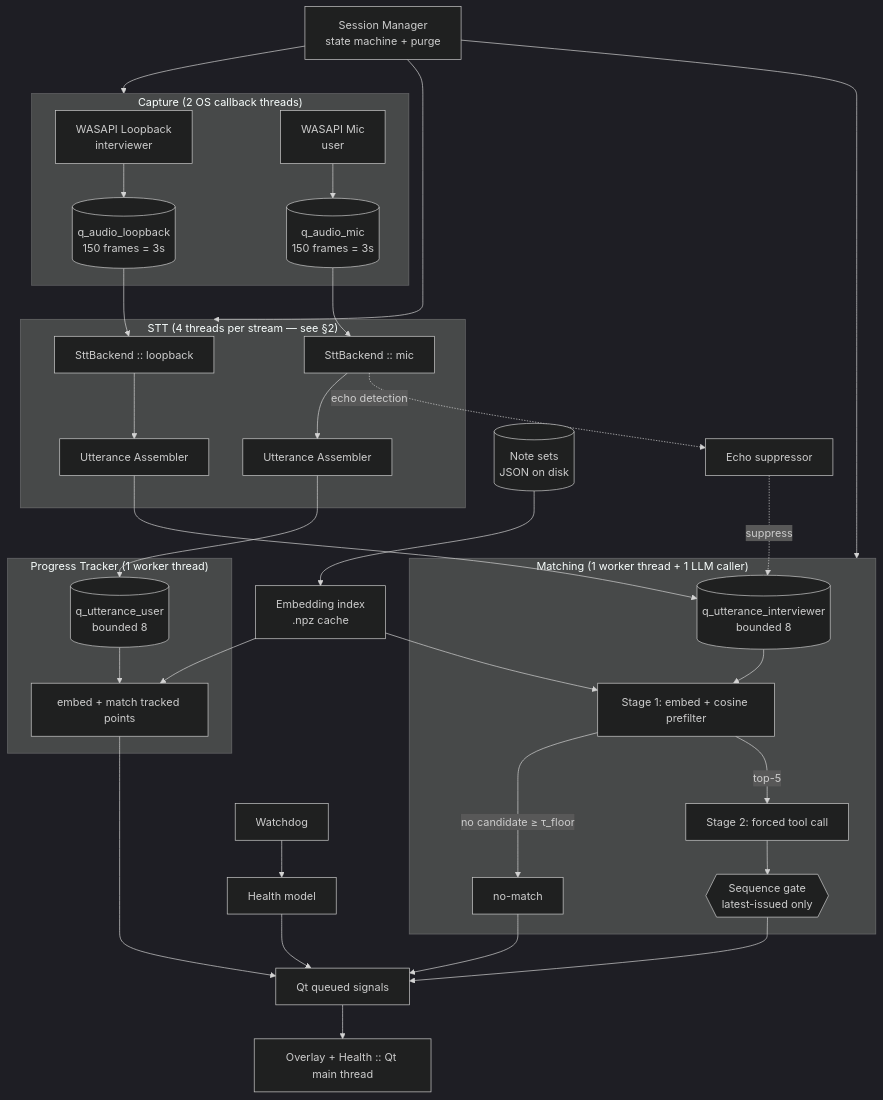
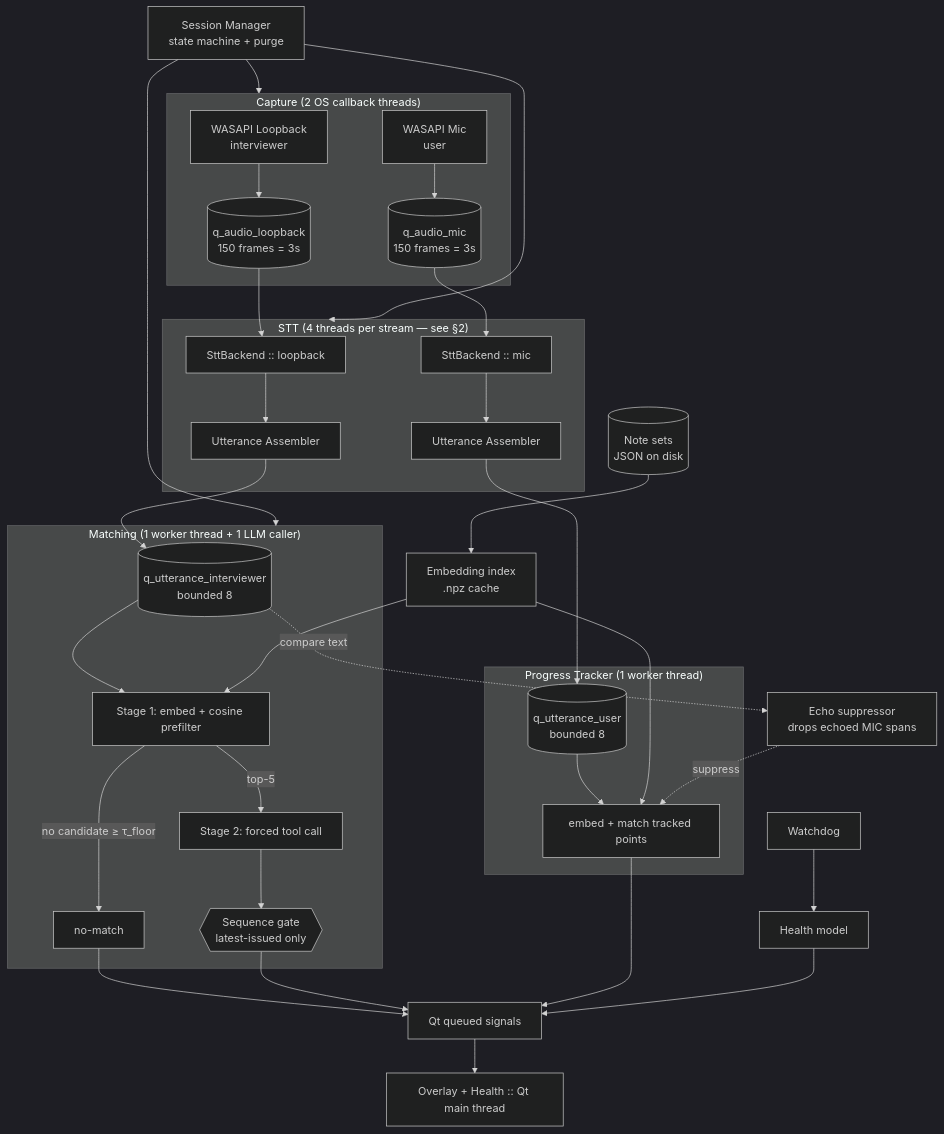
Before and after one commit to Penguin-Pants/ExecutiveDysfunctionAssistant: the first of 2 diagrams in docs/implementation/02-technical-design.md, drawn with Mermaid (dark theme). The commit also changed other lines of this file and 4 other files, not shown here.

````diff
--- a/docs/implementation/02-technical-design.md
+++ b/docs/implementation/02-technical-design.md
@@ -10,46 +10,46 @@
 ```mermaid
 flowchart TB
     subgraph capture["Capture (2 OS callback threads)"]
         LB[WASAPI Loopback<br/>interviewer] --> QL[(q_audio_loopback<br/>150 frames = 3s)]
         MC[WASAPI Mic<br/>user] --> QM[(q_audio_mic<br/>150 frames = 3s)]
     end
 
     subgraph stt["STT (4 threads per stream — see §2)"]
         QL --> SL[SttBackend :: loopback]
         QM --> SM[SttBackend :: mic]
         SL --> UA[Utterance Assembler]
         SM --> UB[Utterance Assembler]
     end
 
     UA --> QI[(q_utterance_interviewer<br/>bounded 8)]
     UB --> QU[(q_utterance_user<br/>bounded 8)]
 
     subgraph match["Matching (1 worker thread + 1 LLM caller)"]
         QI --> S1[Stage 1: embed + cosine prefilter]
         S1 -->|no candidate ≥ τ_floor| NM[no-match]
         S1 -->|top-5| S2[Stage 2: forced tool call]
         S2 --> SG{{Sequence gate<br/>latest-issued only}}
     end
 
     subgraph track["Progress Tracker (1 worker thread)"]
         QU --> PT[embed + match tracked points]
     end
 
     NM --> SIG
     SG --> SIG[Qt queued signals]
     PT --> SIG
     SIG --> UI[Overlay + Health :: Qt main thread]
 
     NOTES[(Note sets<br/>JSON on disk)] --> IDX[Embedding index<br/>.npz cache]
     IDX --> S1
     IDX --> PT
 
-    SM -.echo detection.-> ECHO[Echo suppressor]
-    ECHO -.suppress.-> QI
+    QI -.compare text.-> ECHO[Echo suppressor<br/>drops echoed MIC spans]
+    ECHO -.suppress.-> PT
 
     SESS[Session Manager<br/>state machine + purge] --> capture
     SESS --> stt
     SESS --> match
     WD[Watchdog] --> HEALTH[Health model]
     HEALTH --> SIG
 ```
````
